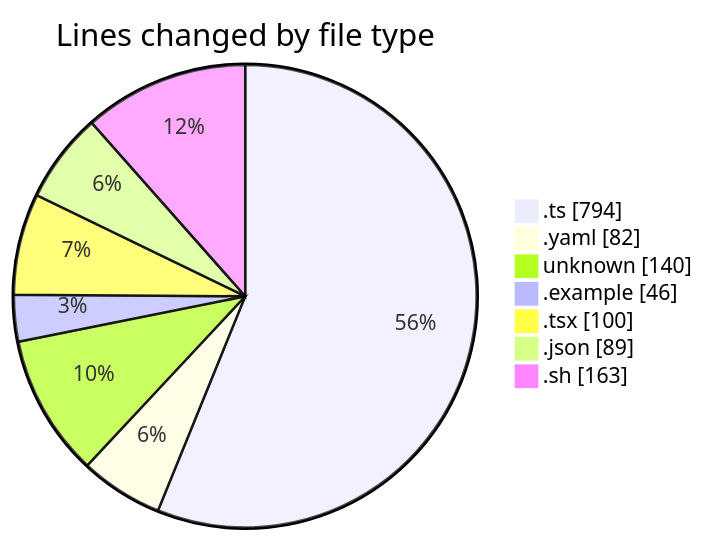
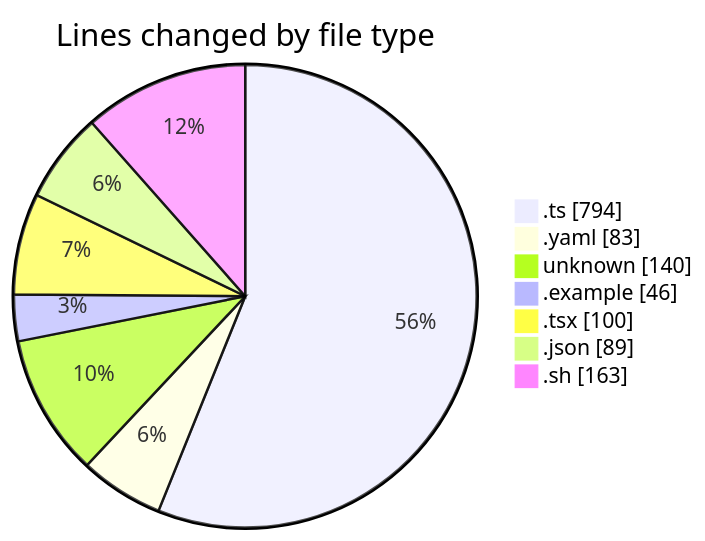
The first of 2 diagrams in 2025-10-01/open-health/README.md (mevix1/code-tracking), drawn with Mermaid before and after one commit. The commit also changed other lines of this file and 1 other file, not shown here.

````diff
--- a/2025-10-01/open-health/README.md
+++ b/2025-10-01/open-health/README.md
@@ -37,11 +37,11 @@
 ```mermaid
 pie showData
 title Lines changed by file type
 ".ts" : 794
-".yaml" : 82
+".yaml" : 83
 "unknown" : 140
 ".example" : 46
 ".tsx" : 100
 ".json" : 89
 ".sh" : 163
 ```
````
